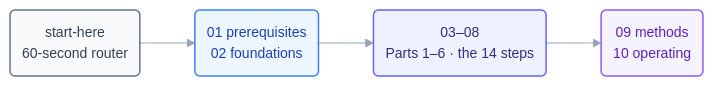
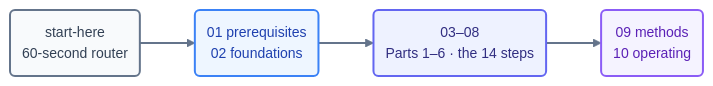
One commit to ayeshakhalid192007-dev/LoopEngineering-CrashCourse changed the diagram in docs/README.md. Above: the diagram before and after it, drawn with Mermaid. The commit also changed 66 other files, not shown here.

First line of the commit message:
docs(diagrams): bolden and unify all 70 mermaid diagrams

````diff
--- a/docs/README.md
+++ b/docs/README.md
@@ -9,11 +9,12 @@
 ```mermaid
-%%{init: {'theme':'base','themeVariables':{'fontFamily':'ui-sans-serif, system-ui, sans-serif','fontSize':'14px','lineColor':'#94a3b8'},'flowchart':{'curve':'basis','nodeSpacing':45,'rankSpacing':55,'padding':12}}}%%
+%%{init: {'theme':'base','themeVariables':{'fontFamily':'ui-sans-serif, system-ui, sans-serif','fontSize':'14px','lineColor':'#64748b','edgeLabelBackground':'#f8fafc'},'flowchart':{'curve':'basis','nodeSpacing':45,'rankSpacing':55,'padding':12}}}%%
 flowchart LR
     R("start-here<br/>60-second router"):::route --> P("01 prerequisites<br/>02 foundations"):::prep
     P --> S("03–08<br/>Parts 1–6 · the 14 steps"):::core
     S --> M("09 methods<br/>10 operating"):::adv
-    classDef route fill:#f8fafc,stroke:#64748b,stroke-width:1.5px,color:#334155;
-    classDef prep fill:#eef6ff,stroke:#3b82f6,stroke-width:1.5px,color:#1e40af;
-    classDef core fill:#eef2ff,stroke:#6366f1,stroke-width:1.5px,color:#312e81;
-    classDef adv fill:#f5f3ff,stroke:#8b5cf6,stroke-width:1.5px,color:#5b21b6;
+    linkStyle default stroke:#64748b,stroke-width:2px;
+    classDef route fill:#f8fafc,stroke:#64748b,stroke-width:2px,color:#334155;
+    classDef prep fill:#eef6ff,stroke:#3b82f6,stroke-width:2px,color:#1e40af;
+    classDef core fill:#eef2ff,stroke:#6366f1,stroke-width:2px,color:#312e81;
+    classDef adv fill:#f5f3ff,stroke:#8b5cf6,stroke-width:2px,color:#5b21b6;
 ```
````
